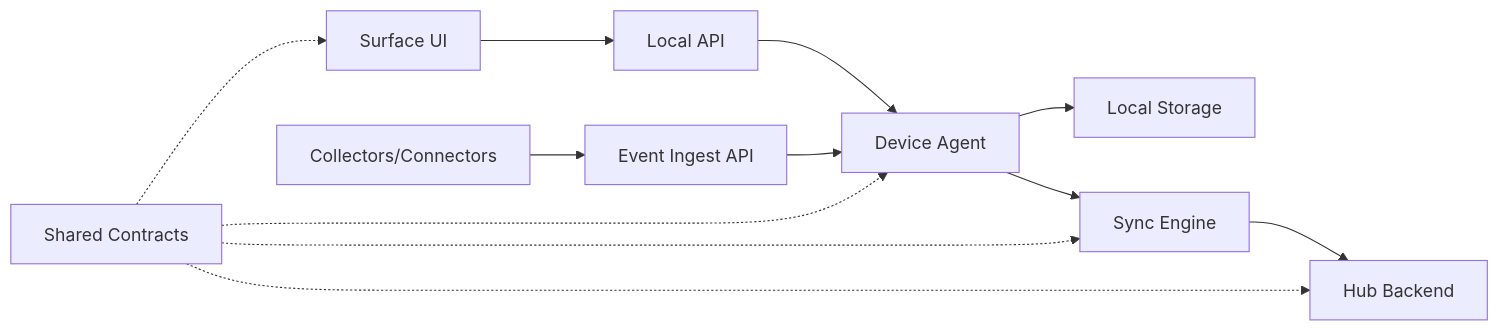
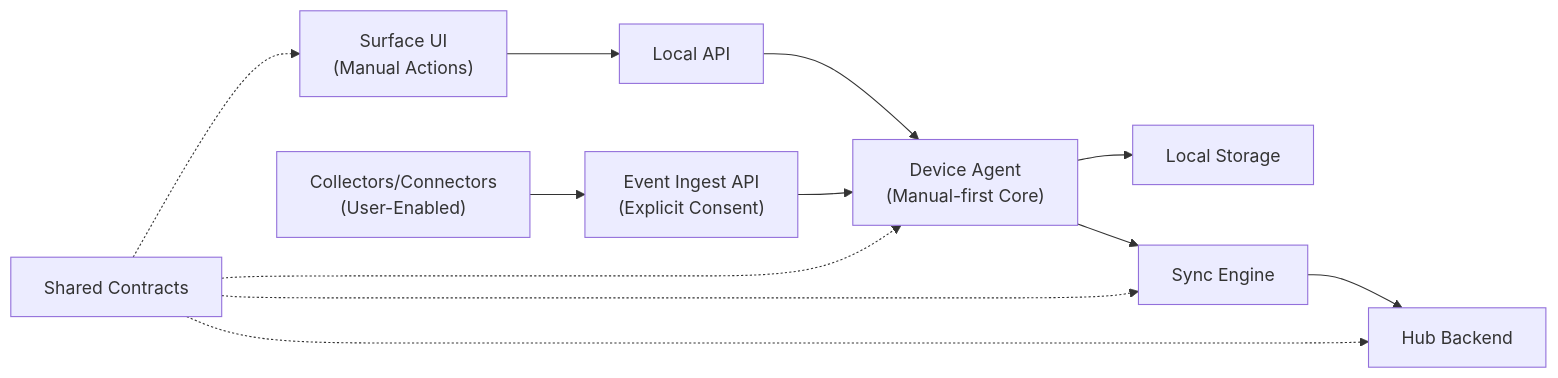
The third of 7 diagrams in .qoder/repowiki/en/content/Architecture Decision Records.md (asukhodko/timeskein), drawn with Mermaid before and after one commit. The commit also changed other lines of this file and 8 other files, not shown here.

First line of the commit message:
docs(architecture): adopt manual-first philosophy as core architectural foundation

````diff
--- a/.qoder/repowiki/en/content/Architecture Decision Records.md
+++ b/.qoder/repowiki/en/content/Architecture Decision Records.md
@@ -142,14 +142,14 @@
 ```mermaid
 flowchart LR
-UI["Surface UI"] --> LA["Local API"]
-LA --> DA["Device Agent"]
-COL["Collectors/Connectors"] --> EI["Event Ingest API"]
+UI["Surface UI<br/>(Manual Actions)"] --> LA["Local API"]
+LA --> DA["Device Agent<br/>(Manual-first Core)"]
+COL["Collectors/Connectors<br/>(User-Enabled)"] --> EI["Event Ingest API<br/>(Explicit Consent)"]
 EI --> DA
 DA --> ST["Local Storage"]
 DA --> SYNC["Sync Engine"]
 SYNC --> HB["Hub Backend"]
 SC["Shared Contracts"] -.-> UI
 SC -.-> DA
 SC -.-> SYNC
 SC -.-> HB
 ```
````
